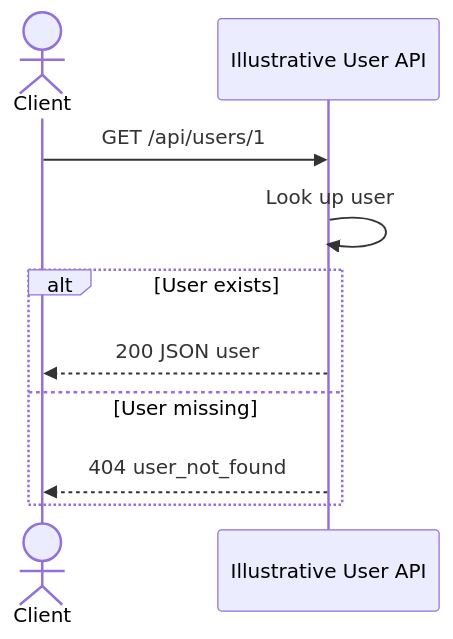
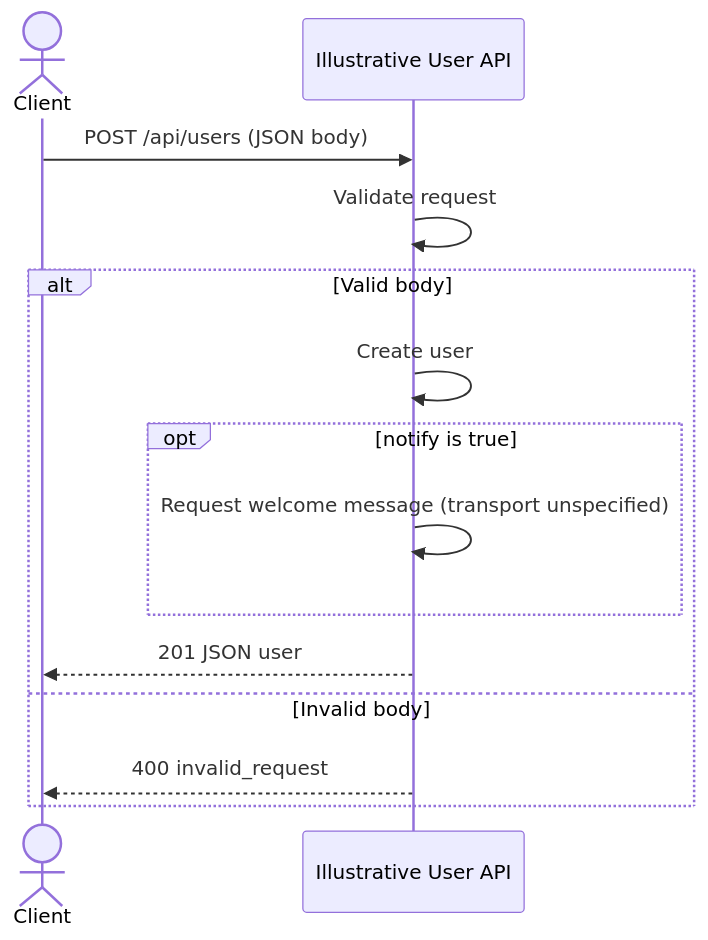
The diagram in portfolio-api/.speckub/examples/api.md (ipondnakab/ipondnakab.github.io), drawn with Mermaid before and after one commit. The commit also changed other lines of this file and 23 other files, not shown here.

````diff
--- a/portfolio-api/.speckub/examples/api.md
+++ b/portfolio-api/.speckub/examples/api.md
@@ -72,12 +94,16 @@
 ```mermaid
 sequenceDiagram
     actor Client
     participant API as Illustrative User API
-    Client->>API: GET /api/users/1
-    API->>API: Look up user
-    alt User exists
-        API-->>Client: 200 JSON user
-    else User missing
-        API-->>Client: 404 user_not_found
+    Client->>API: POST /api/users (JSON body)
+    API->>API: Validate request
+    alt Valid body
+        API->>API: Create user
+        opt notify is true
+            API->>API: Request welcome message (transport unspecified)
+        end
+        API-->>Client: 201 JSON user
+    else Invalid body
+        API-->>Client: 400 invalid_request
     end
 ```
````
